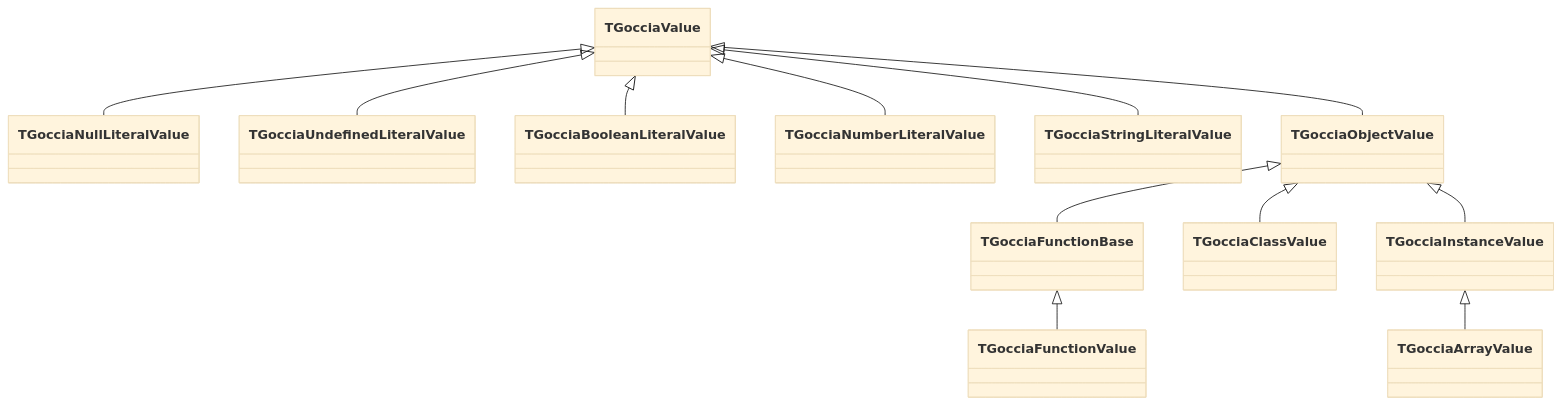
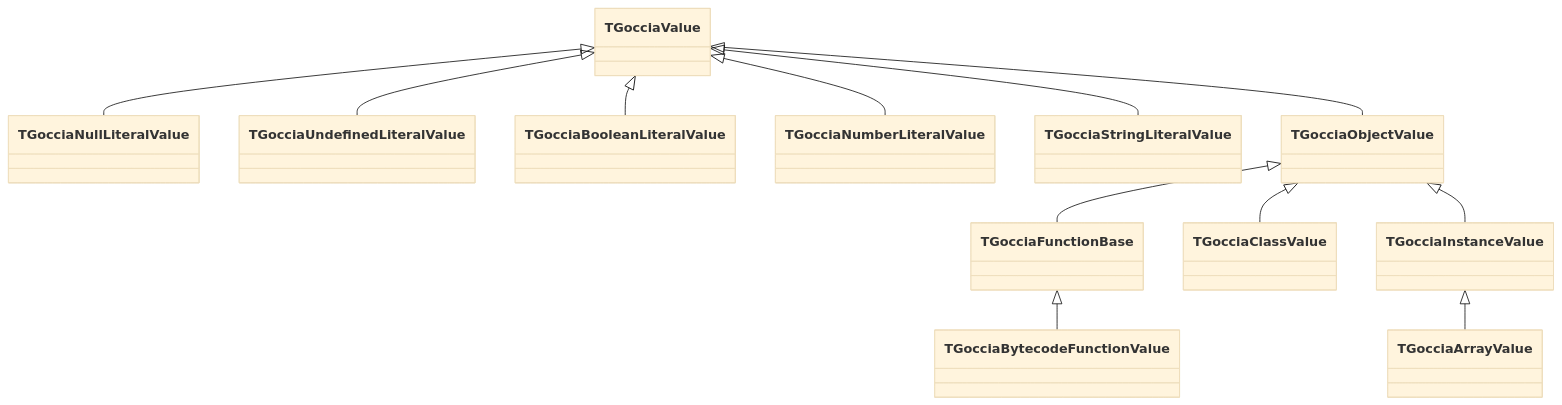
Before and after one commit to frostney/GocciaScript: the diagram in docs/core-patterns.md, drawn with Mermaid (base theme). The commit also changed other lines of this file and 41 other files, not shown here.

````diff
--- a/docs/core-patterns.md
+++ b/docs/core-patterns.md
@@ -276,15 +273,15 @@
 ```mermaid
 classDiagram
     TGocciaValue <|-- TGocciaNullLiteralValue
     TGocciaValue <|-- TGocciaUndefinedLiteralValue
     TGocciaValue <|-- TGocciaBooleanLiteralValue
     TGocciaValue <|-- TGocciaNumberLiteralValue
     TGocciaValue <|-- TGocciaStringLiteralValue
     TGocciaValue <|-- TGocciaObjectValue
 
     TGocciaObjectValue <|-- TGocciaFunctionBase
-    TGocciaFunctionBase <|-- TGocciaFunctionValue
+    TGocciaFunctionBase <|-- TGocciaBytecodeFunctionValue
     TGocciaObjectValue <|-- TGocciaClassValue
     TGocciaObjectValue <|-- TGocciaInstanceValue
     TGocciaInstanceValue <|-- TGocciaArrayValue
 ```
````
